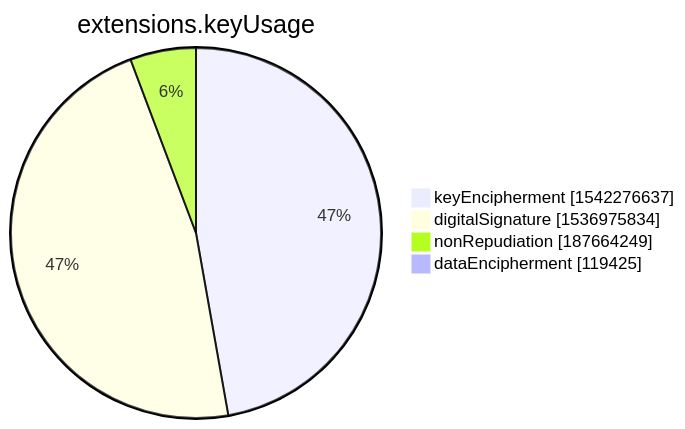
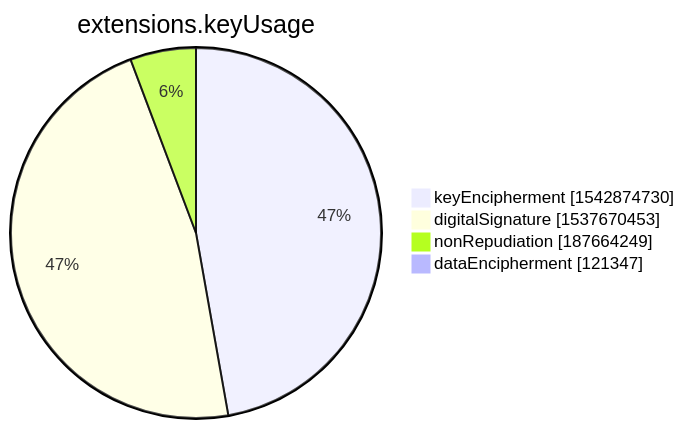
The seventh of 15 diagrams in xenon2022/README.md (christiankrug/ctmonitor_visualization), drawn with Mermaid before and after one commit. The commit also changed other lines of this file, not shown here.

````diff
--- a/xenon2022/README.md
+++ b/xenon2022/README.md
@@ -2851,8 +2851,8 @@
 ```mermaid
 pie showData
 title extensions.keyUsage
-"keyEncipherment" :1542276637
-"digitalSignature" :1536975834
+"keyEncipherment" :1542874730
+"digitalSignature" :1537670453
 "nonRepudiation" :187664249
-"dataEncipherment" :119425
+"dataEncipherment" :121347
 ```
````
